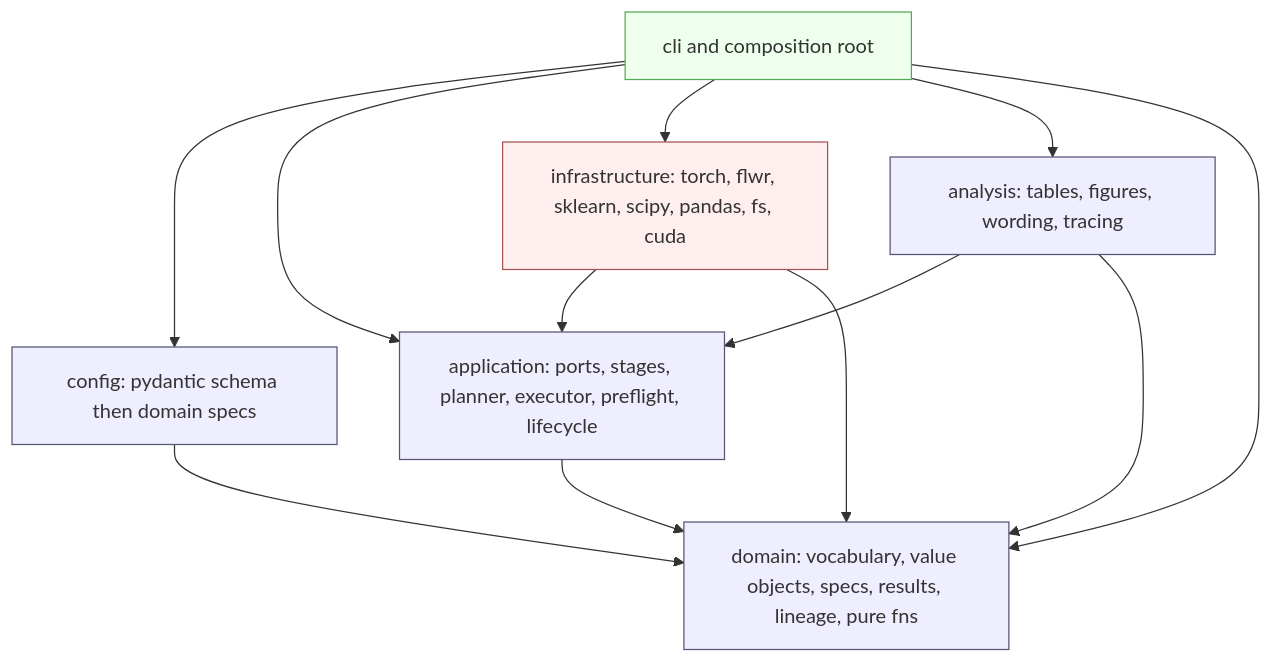
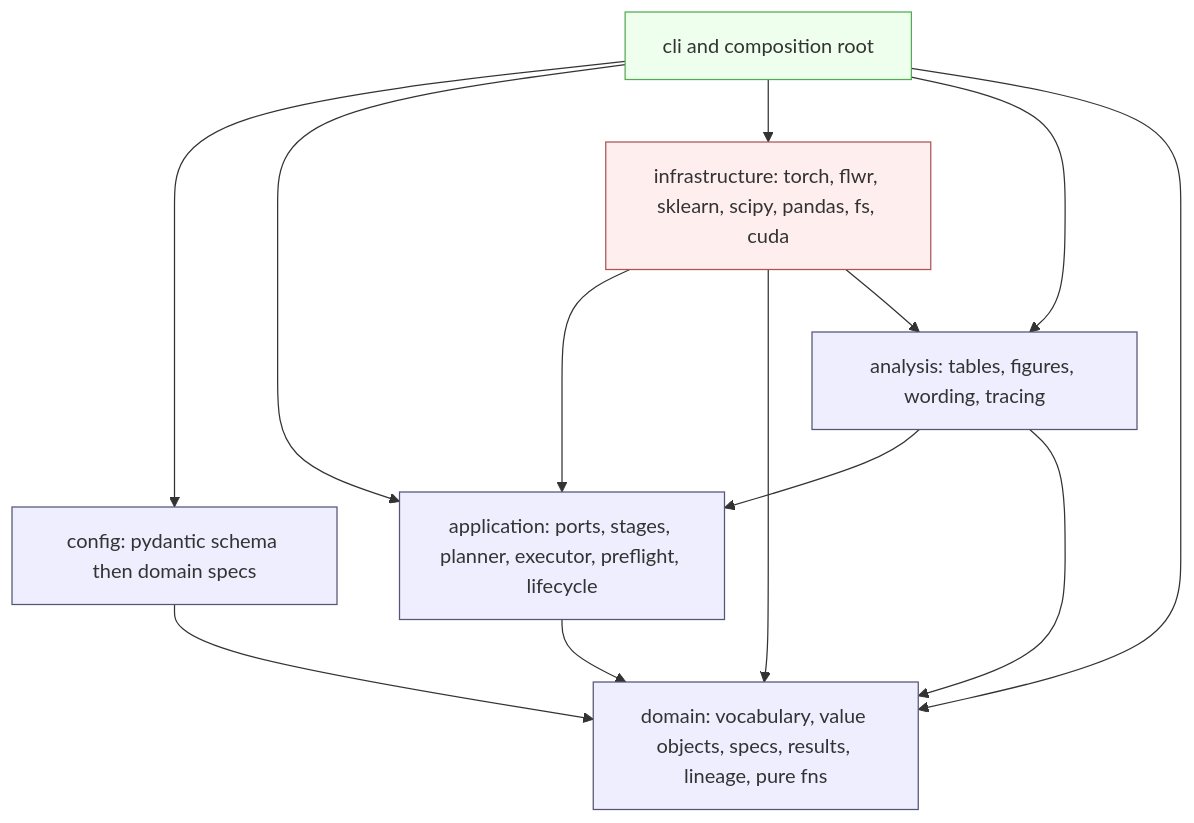
The first of 10 diagrams in docs/DATP Core Architecture.md (naslouby-salahe/datp-core), drawn with Mermaid before and after one commit. The commit also changed other lines of this file, not shown here.

Commit message:
Update architecture

````diff
--- a/docs/DATP Core Architecture.md
+++ b/docs/DATP Core Architecture.md
@@ -92,28 +92,29 @@
 ```mermaid
 graph TD
     DOM[domain: vocabulary, value objects, specs, results, lineage, pure fns]
     CFG[config: pydantic schema then domain specs]
     APP[application: ports, stages, planner, executor, preflight, lifecycle]
     INFRA[infrastructure: torch, flwr, sklearn, scipy, pandas, fs, cuda]
     ANA[analysis: tables, figures, wording, tracing]
     CLI[cli and composition root]
 
     CFG --> DOM
     APP --> DOM
     INFRA --> APP
     INFRA --> DOM
+    INFRA --> ANA
     ANA --> APP
     ANA --> DOM
     CLI --> CFG
     CLI --> APP
     CLI --> INFRA
     CLI --> ANA
     CLI --> DOM
 
     classDef pure fill:#eef,stroke:#557;
     classDef adapter fill:#fee,stroke:#a55;
     classDef root fill:#efe,stroke:#5a5;
     class DOM,CFG,APP,ANA pure;
     class INFRA adapter;
     class CLI root;
 ```
````
